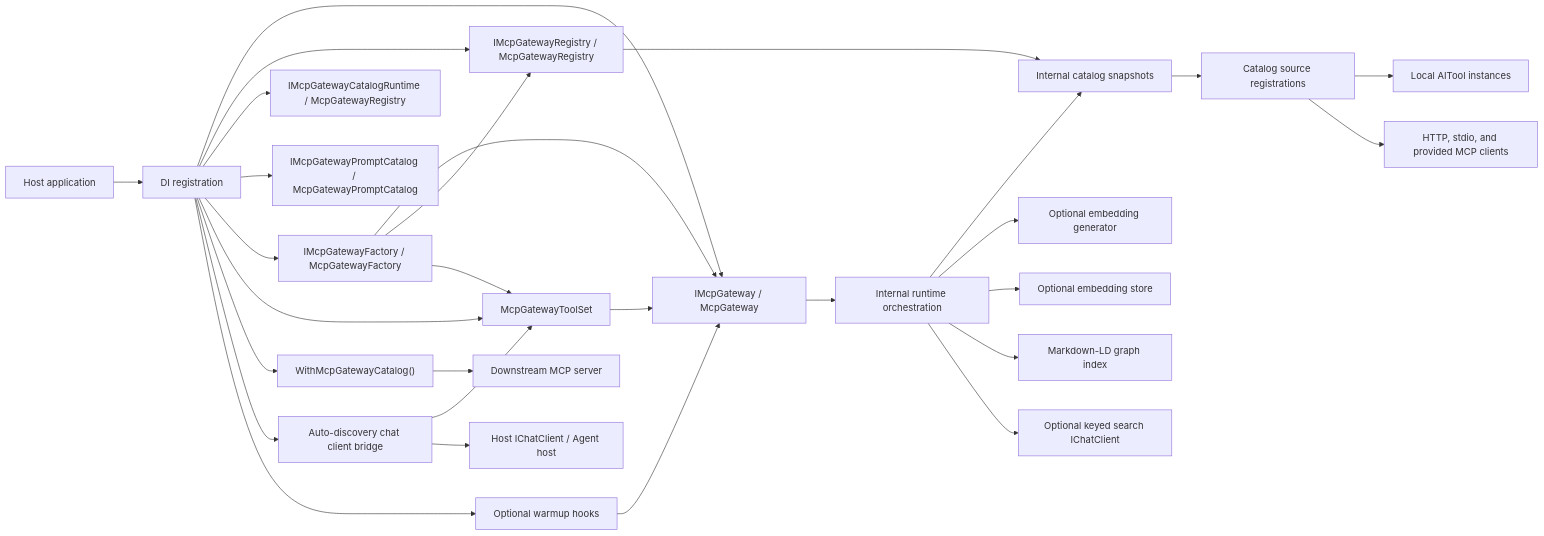
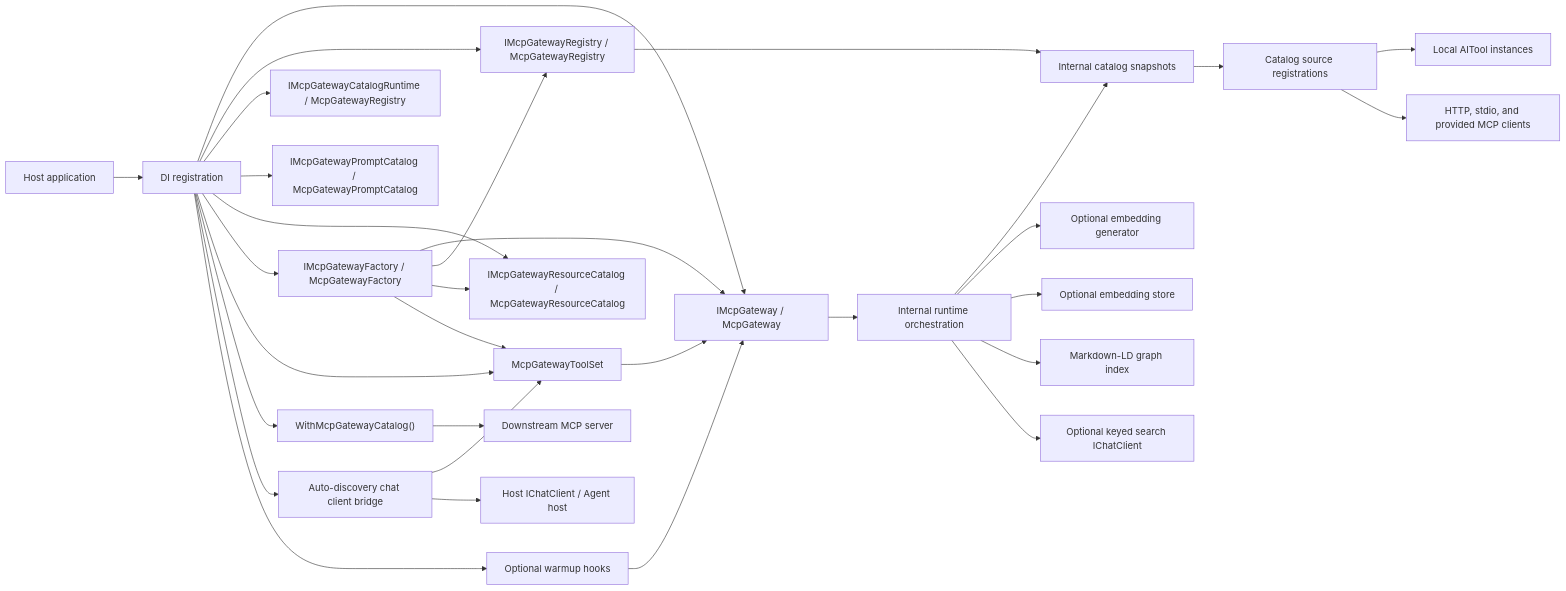
One commit to managedcode/MCPGateway changed the second of 4 diagrams in docs/Architecture/Overview.md. Above: the diagram before and after it, drawn with Mermaid. The commit also changed other lines of this file and 67 other files, not shown here.

````diff
--- a/docs/Architecture/Overview.md
+++ b/docs/Architecture/Overview.md
@@ -56,31 +57,33 @@
 ```mermaid
 flowchart LR
     Host["Host application"] --> DI["DI registration"]
     DI --> Facade["IMcpGateway / McpGateway"]
     DI --> Registry["IMcpGatewayRegistry / McpGatewayRegistry"]
     DI --> CatalogRuntime["IMcpGatewayCatalogRuntime / McpGatewayRegistry"]
     DI --> PromptCatalog["IMcpGatewayPromptCatalog / McpGatewayPromptCatalog"]
+    DI --> ResourceCatalog["IMcpGatewayResourceCatalog / McpGatewayResourceCatalog"]
     DI --> Factory["IMcpGatewayFactory / McpGatewayFactory"]
     DI --> ToolSet["McpGatewayToolSet"]
     DI --> McpServerExport["WithMcpGatewayCatalog()"]
     DI --> AutoDiscovery["Auto-discovery chat client bridge"]
     DI --> Warmup["Optional warmup hooks"]
     Factory --> Facade
     Factory --> Registry
+    Factory --> ResourceCatalog
     Factory --> ToolSet
     ToolSet --> Facade
     AutoDiscovery --> ToolSet
     AutoDiscovery --> HostChat["Host IChatClient / Agent host"]
     Warmup --> Facade
     Facade --> Runtime["Internal runtime orchestration"]
     Runtime --> Catalog["Internal catalog snapshots"]
     Registry --> Catalog
     Catalog --> Sources["Catalog source registrations"]
     Sources --> Local["Local AITool instances"]
     Sources --> MCP["HTTP, stdio, and provided MCP clients"]
     McpServerExport --> ExportedMcp["Downstream MCP server"]
     Runtime --> Embedder["Optional embedding generator"]
     Runtime --> Store["Optional embedding store"]
     Runtime --> Graph["Markdown-LD graph index"]
     Runtime --> Normalizer["Optional keyed search IChatClient"]
 ```
````
